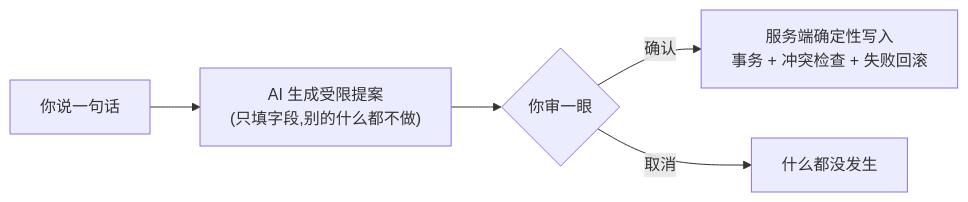
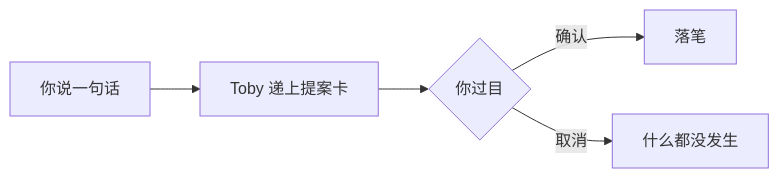
The diagram in docs/product-overview.zh.md (dengyusys/toby), drawn with Mermaid before and after one commit. The commit also changed other lines of this file and 30 other files, not shown here.

````diff
--- a/docs/product-overview.zh.md
+++ b/docs/product-overview.zh.md
@@ -21,7 +21,7 @@
 ```mermaid
 flowchart LR
-    A["你说一句话"] --> B["AI 生成受限提案<br/>(只填字段,别的什么都不做)"]
-    B --> C{"你审一眼"}
-    C -->|确认| D["服务端确定性写入<br/>事务 + 冲突检查 + 失败回滚"]
+    A["你说一句话"] --> B["Toby 递上提案卡"]
+    B --> C{"你过目"}
+    C -->|确认| D["落笔"]
     C -->|取消| E["什么都没发生"]
 ```
````
